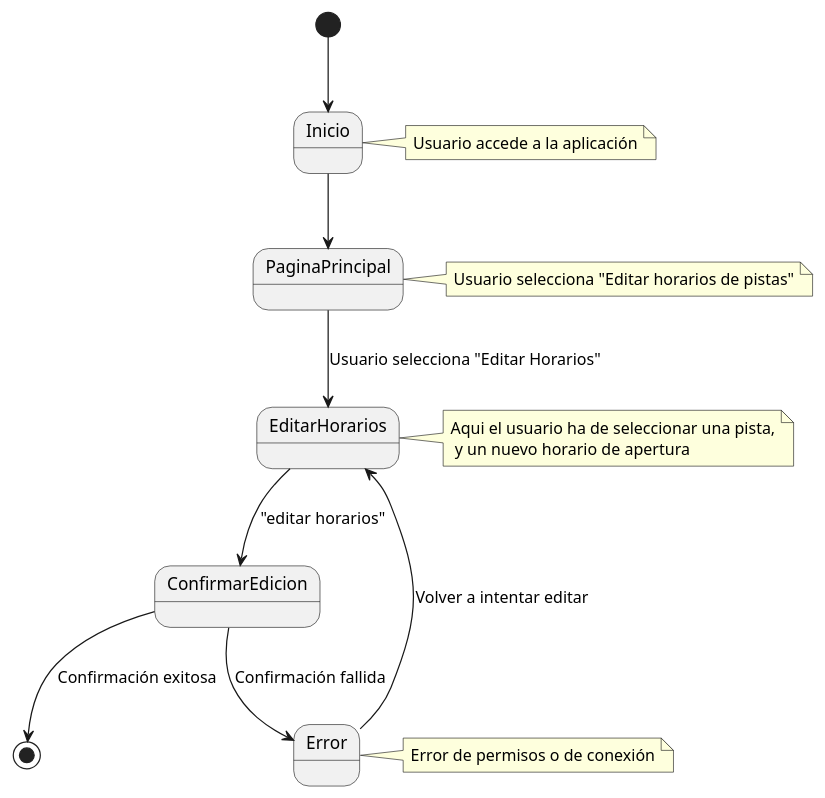
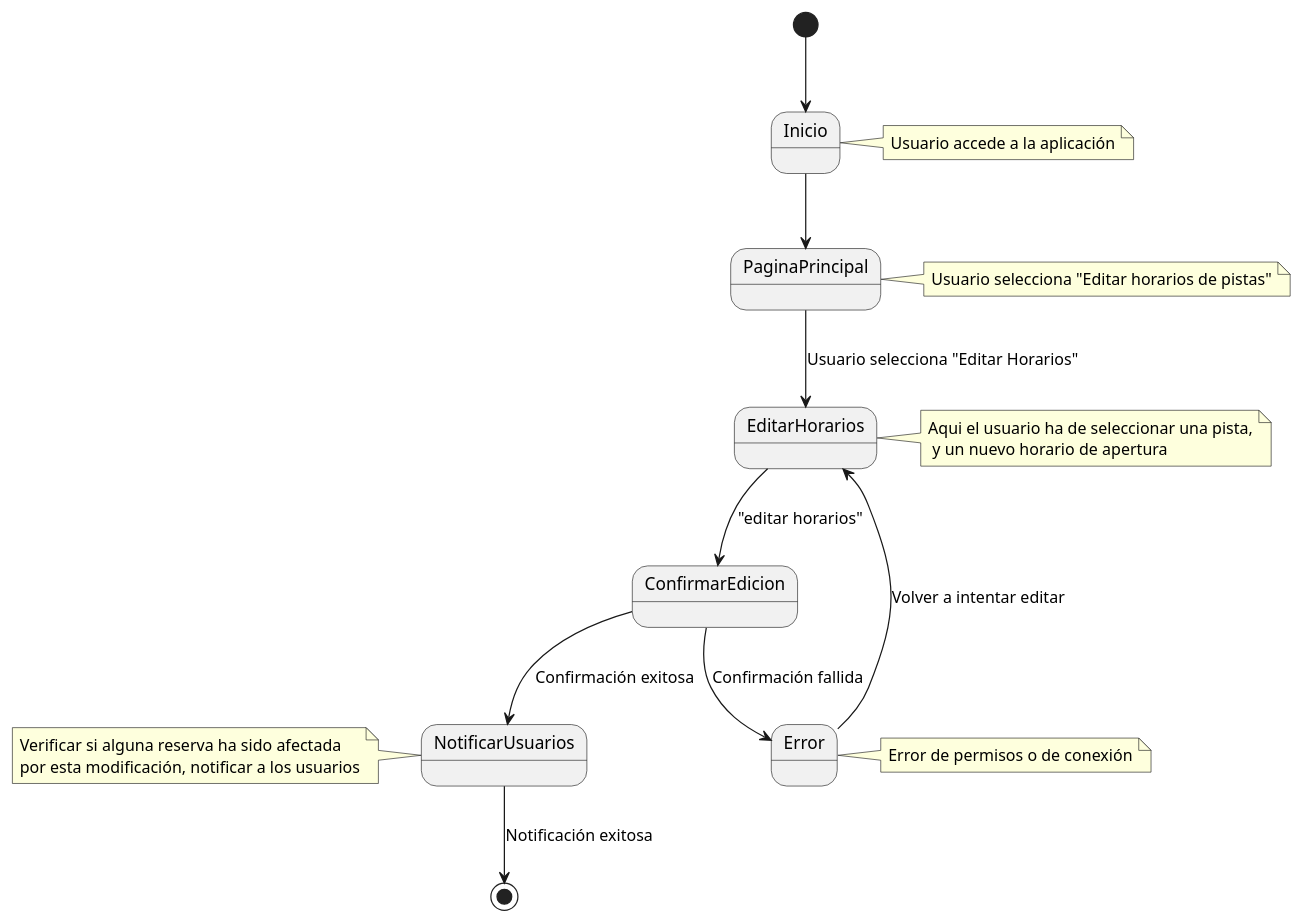
One commit to pablarce/23-24-IdSw1-SDR changed the diagram in CasosDeUso/CduDetallados/CduPistas/ActualizarHorariosPista.puml. Above: the diagram before and after it, drawn with PlantUML.

Commit message:
notificar users

```diff
--- a/CasosDeUso/CduDetallados/CduPistas/ActualizarHorariosPista.puml
+++ b/CasosDeUso/CduDetallados/CduPistas/ActualizarHorariosPista.puml
@@ -1,23 +1,29 @@
 @startuml
 [*] --> Inicio
 Inicio --> PaginaPrincipal
 PaginaPrincipal --> EditarHorarios : Usuario selecciona "Editar Horarios"
 EditarHorarios --> ConfirmarEdicion : "editar horarios"
 ConfirmarEdicion --> Error : Confirmación fallida
 Error --> EditarHorarios : Volver a intentar editar
-ConfirmarEdicion --> [*] : Confirmación exitosa
+ConfirmarEdicion --> NotificarUsuarios : Confirmación exitosa
+NotificarUsuarios --> [*] : Notificación exitosa
+
 
 note right of Inicio
 Usuario accede a la aplicación
 end note
 note right of PaginaPrincipal
 Usuario selecciona "Editar horarios de pistas"
 end note
 note right of EditarHorarios
 Aqui el usuario ha de seleccionar una pista,
  y un nuevo horario de apertura
 end note
 note right of Error
 Error de permisos o de conexión
 end note
+note left of NotificarUsuarios
+Verificar si alguna reserva ha sido afectada
+por esta modificación, notificar a los usuarios
+end note
 @enduml
```
